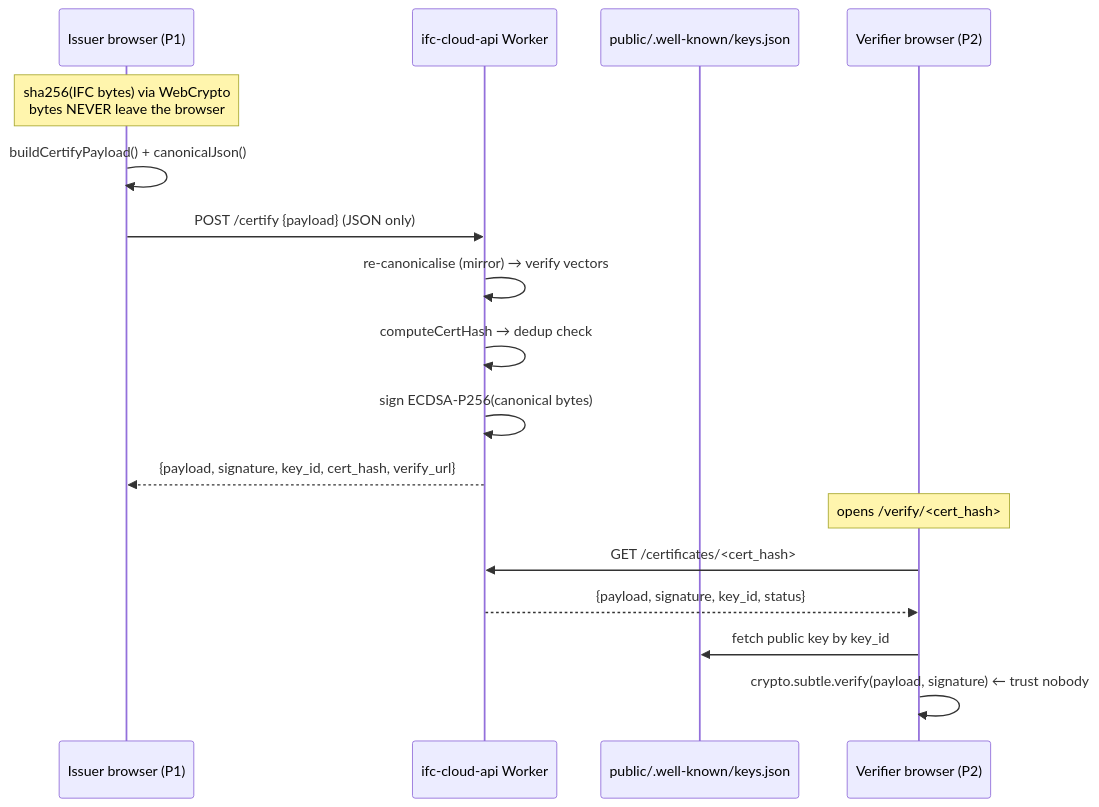
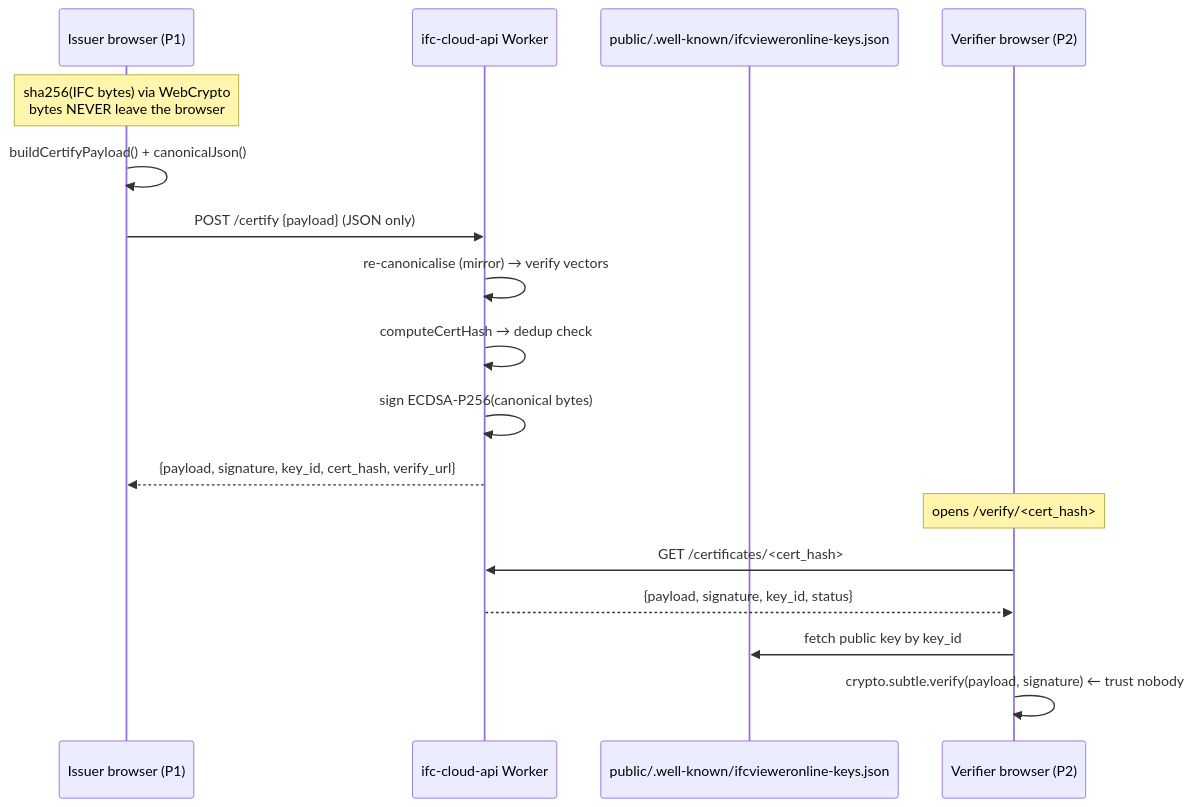
Before and after one commit to j03rul4nd/ifc-viewer-online: the second of 3 diagrams in docs/INTEGRATIONS.md, drawn with Mermaid. The commit also changed other lines of this file and 67 other files, not shown here.

````diff
--- a/docs/INTEGRATIONS.md
+++ b/docs/INTEGRATIONS.md
@@ -219,20 +269,20 @@
 ```mermaid
 sequenceDiagram
     participant Browser as Issuer browser (P1)
     participant Worker as ifc-cloud-api Worker
-    participant WK as public/.well-known/keys.json
+    participant WK as public/.well-known/ifcvieweronline-keys.json
     participant Verifier as Verifier browser (P2)
 
     Note over Browser: sha256(IFC bytes) via WebCrypto<br/>bytes NEVER leave the browser
     Browser->>Browser: buildCertifyPayload() + canonicalJson()
     Browser->>Worker: POST /certify  {payload}  (JSON only)
     Worker->>Worker: re-canonicalise (mirror) → verify vectors
     Worker->>Worker: computeCertHash → dedup check
     Worker->>Worker: sign ECDSA-P256(canonical bytes)
     Worker-->>Browser: {payload, signature, key_id, cert_hash, verify_url}
     Note over Verifier: opens /verify/<cert_hash>
     Verifier->>Worker: GET /certificates/<cert_hash>
     Worker-->>Verifier: {payload, signature, key_id, status}
     Verifier->>WK: fetch public key by key_id
     Verifier->>Verifier: crypto.subtle.verify(payload, signature)  ← trust nobody
 ```
````
